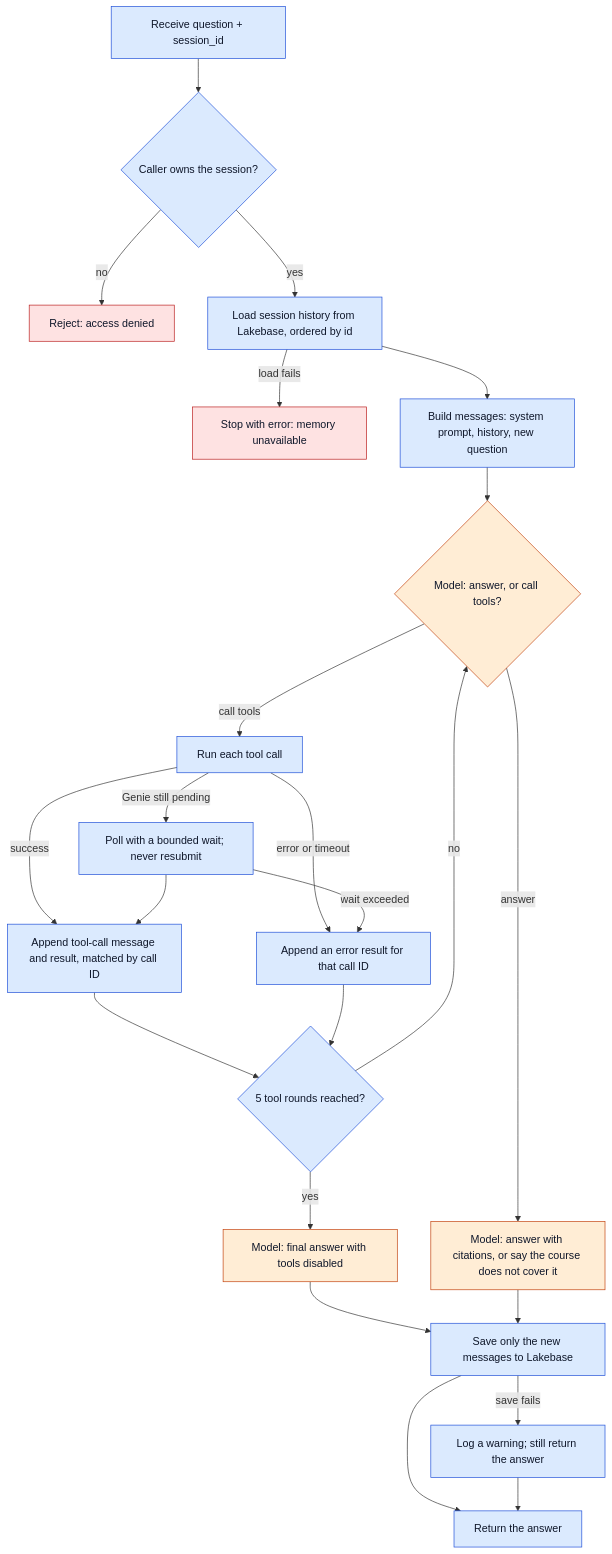
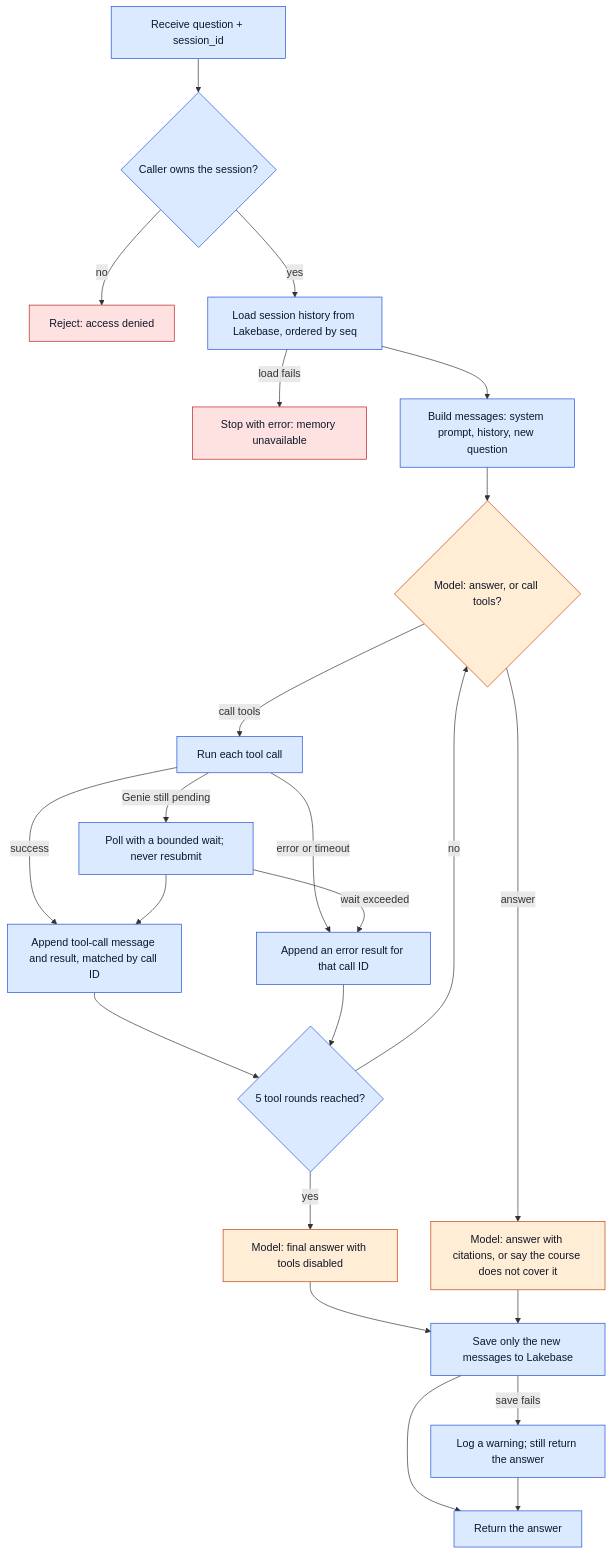
Before and after one commit to llmops-databricks-2/llmops-pablo: the diagram in proposal/ORCHESTRATION.md, drawn with Mermaid. The commit also changed other lines of this file and 6 other files, not shown here.

First line of the commit message:
Keep the agent's conversation in Lakebase and load it on the next turn

````diff
--- a/proposal/ORCHESTRATION.md
+++ b/proposal/ORCHESTRATION.md
@@ -17,32 +17,32 @@
 ```mermaid
 flowchart TD
     A["Receive question + session_id"] --> B{"Caller owns the session?"}
     B -- no --> X1["Reject: access denied"]
-    B -- yes --> C["Load session history from Lakebase, ordered by id"]
+    B -- yes --> C["Load session history from Lakebase, ordered by seq"]
     C -- load fails --> X2["Stop with error: memory unavailable"]
     C --> D["Build messages: system prompt, history, new question"]
     D --> E{"Model: answer, or call tools?"}
     E -- "call tools" --> F["Run each tool call"]
     F -- success --> G["Append tool-call message and result, matched by call ID"]
     F -- "error or timeout" --> H["Append an error result for that call ID"]
     F -- "Genie still pending" --> I["Poll with a bounded wait; never resubmit"]
     I --> G
     I -- "wait exceeded" --> H
     G --> J{"5 tool rounds reached?"}
     H --> J
     J -- no --> E
     J -- yes --> K["Model: final answer with tools disabled"]
     E -- answer --> L["Model: answer with citations, or say the course does not cover it"]
     K --> M["Save only the new messages to Lakebase"]
     L --> M
     M -- "save fails" --> N["Log a warning; still return the answer"]
     M --> O["Return the answer"]
     N --> O
 
     classDef code fill:#dbeafe,stroke:#1d4ed8,color:#0f172a
     classDef model fill:#ffedd5,stroke:#c2410c,color:#0f172a
     classDef stop fill:#fee2e2,stroke:#b91c1c,color:#0f172a
     class A,B,C,D,F,G,H,I,J,M,N,O code
     class E,K,L model
     class X1,X2 stop
 ```
````
